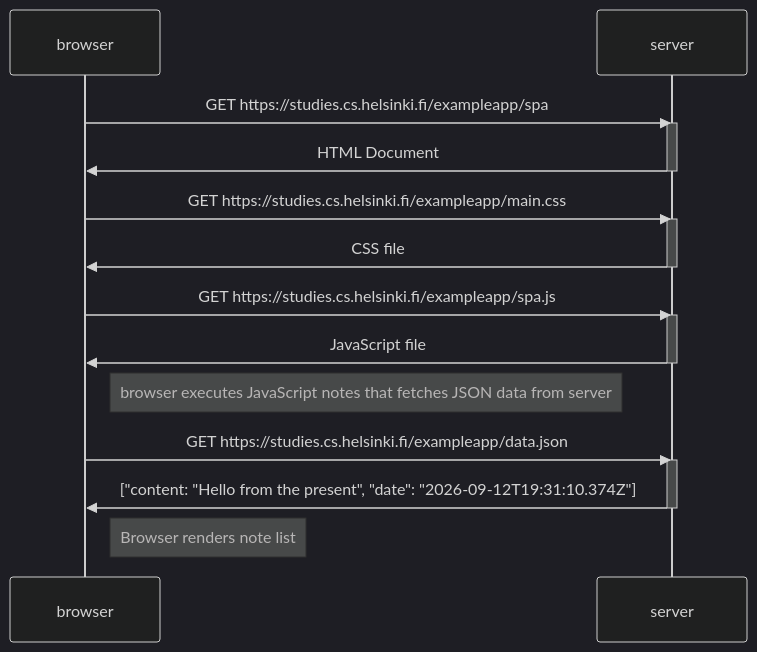
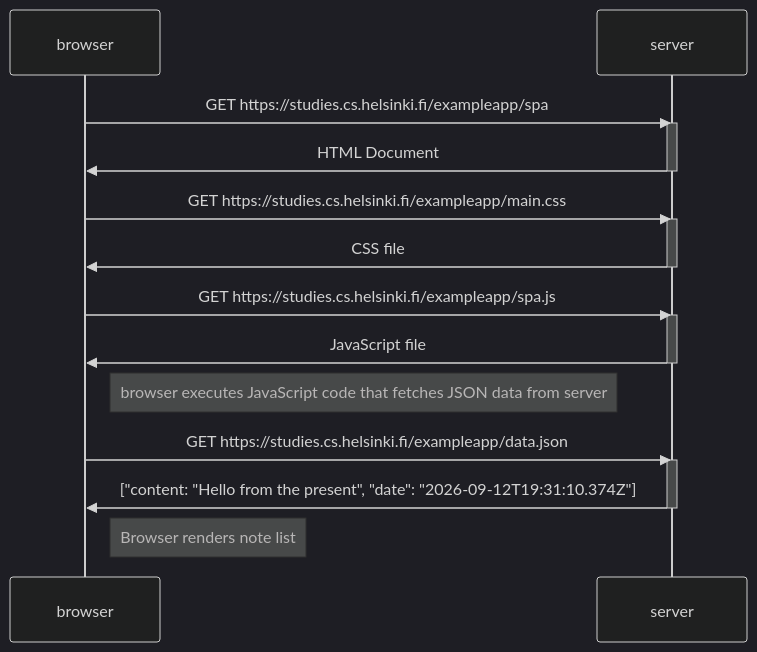
The diagram in 0.5.md (nvy-nguyen/FullStackOpen_Exercises), drawn with Mermaid (dark theme) before and after one commit.

````diff
--- a/0.5.md
+++ b/0.5.md
@@ -1,31 +1,31 @@
 ```mermaid
 
 sequenceDiagram
   participant browser
   participant server
 
   browser->>server: GET https://studies.cs.helsinki.fi/exampleapp/spa
   activate server
   server->>browser: HTML Document
   deactivate server
 
   browser->>server: GET https://studies.cs.helsinki.fi/exampleapp/main.css
   activate server
   server->>browser: CSS file
   deactivate server
 
   browser->>server: GET https://studies.cs.helsinki.fi/exampleapp/spa.js
   activate server
   server->>browser: JavaScript file
   deactivate server
 
-  Note right of browser: browser executes JavaScript notes that fetches JSON data from server
+  Note right of browser: browser executes JavaScript code that fetches JSON data from server
 
   browser->>server: GET https://studies.cs.helsinki.fi/exampleapp/data.json
   activate server
   server->>browser: ["content: "Hello from the present", "date": "2026-09-12T19:31:10.374Z"]
   deactivate server
 
   Note right of browser: Browser renders note list 
   
 ```
````
